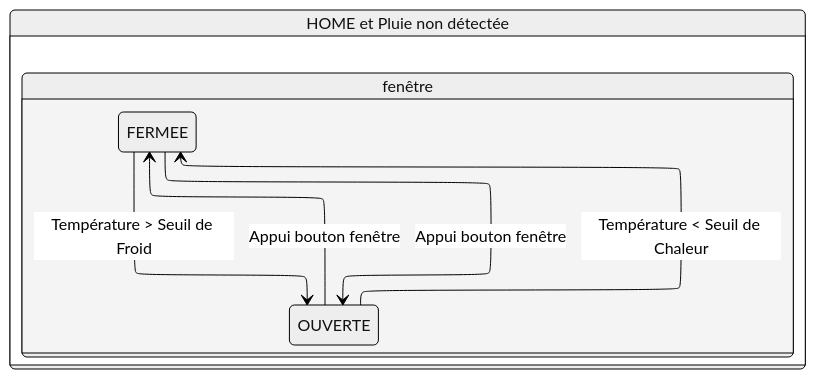
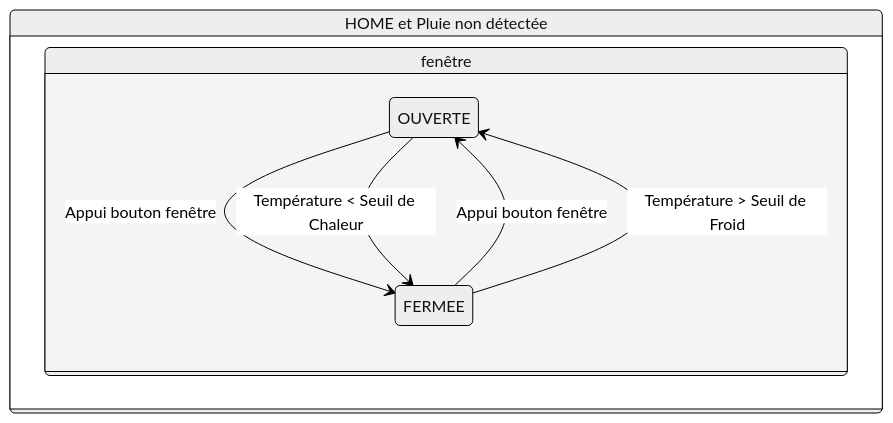
One commit to benoitdekeyn/E4SE_TD_TP changed the fifth of 5 diagrams in architecture_numeriques_embarquees/STM32CubeIDE_v1.19.0/Rapport/Rapport.md. Above: the diagram before and after it, drawn with Mermaid (neutral theme). The commit also changed other lines of this file, not shown here.

````diff
--- a/architecture_numeriques_embarquees/STM32CubeIDE_v1.19.0/Rapport/Rapport.md
+++ b/architecture_numeriques_embarquees/STM32CubeIDE_v1.19.0/Rapport/Rapport.md
@@ -2085,18 +2159,14 @@
 ```mermaid
----
-config:
-  layout: elk
----
 stateDiagram
     state "HOME et Pluie non détectée" as HOME {
         state "fenêtre" as fenetre{
         state "OUVERTE" as OUVERTE
         state "FERMEE" as FERMEE
         OUVERTE --> FERMEE: Appui bouton fenêtre
         FERMEE --> OUVERTE: Appui bouton fenêtre  
         OUVERTE --> FERMEE: Température < Seuil de Chaleur
         FERMEE --> OUVERTE: Température > Seuil de Froid
         }
         
     }
 ```
````
